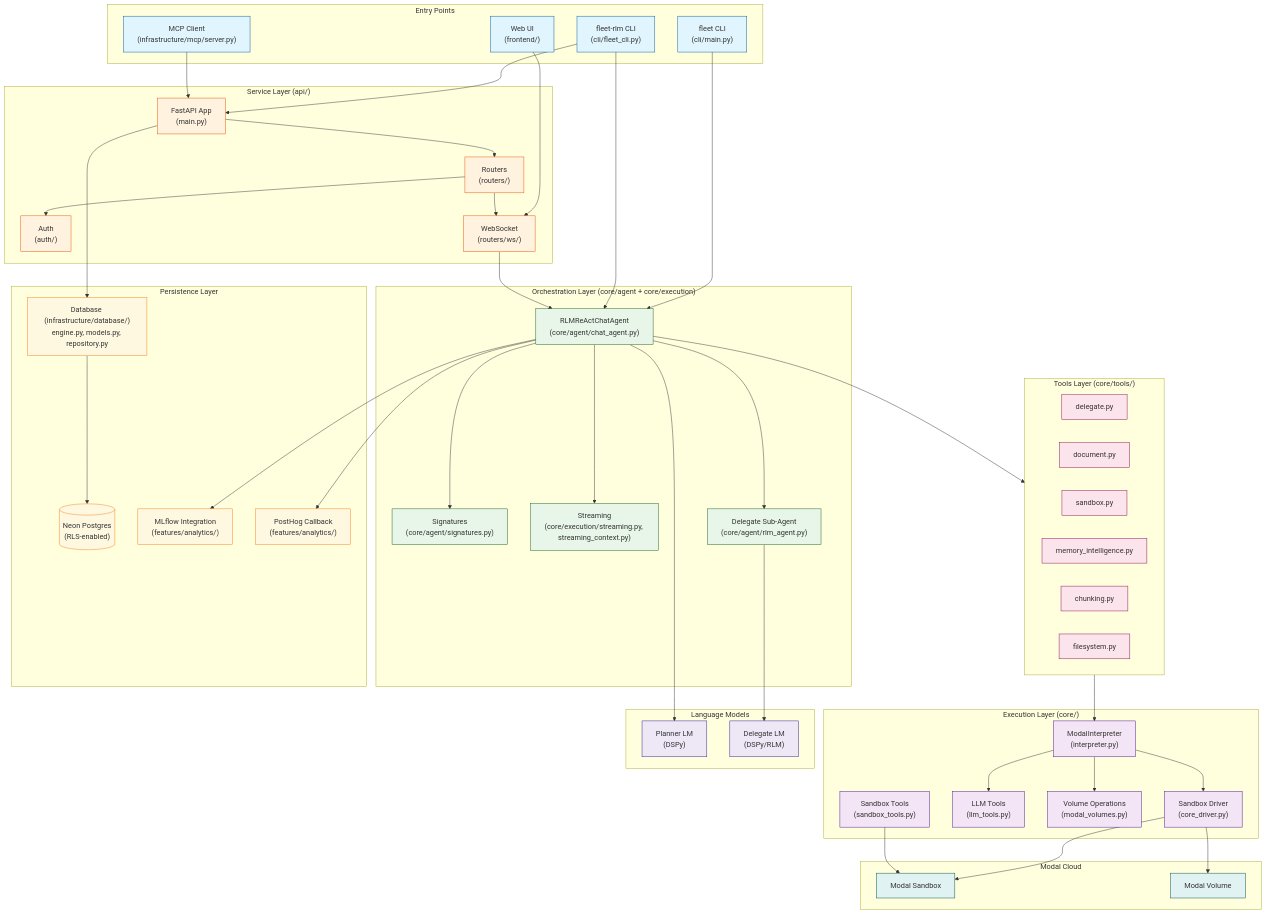
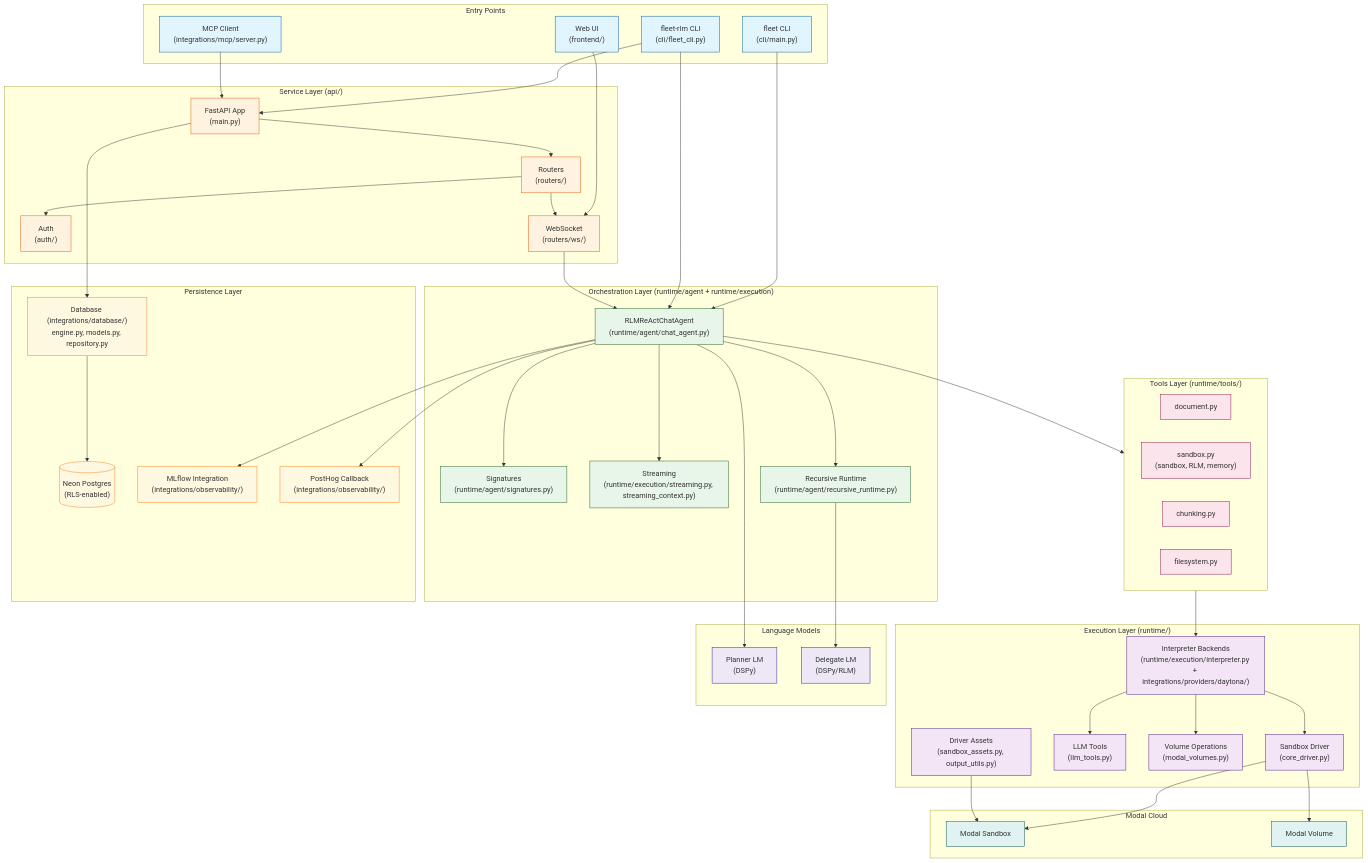
Before and after one commit to Qredence/fleet-rlm: the first of 6 diagrams in docs/architecture.md, drawn with Mermaid. The commit also changed other lines of this file and 34 other files, not shown here.

Commit message:
docs: Refresh architecture docs for the simplified module layout

```diff
--- a/docs/architecture.md
+++ b/docs/architecture.md
@@ -27,7 +39,7 @@
         CLI_FLEET["fleet CLI<br/>(cli/main.py)"]
         CLI_RLM["fleet-rlm CLI<br/>(cli/fleet_cli.py)"]
         WEB_UI["Web UI<br/>(frontend/)"]
-        MCP_CLIENT["MCP Client<br/>(infrastructure/mcp/server.py)"]
+        MCP_CLIENT["MCP Client<br/>(integrations/mcp/server.py)"]
     end
 
     subgraph SERVER["Service Layer (api/)"]
@@ -37,28 +49,26 @@
         WS["WebSocket<br/>(routers/ws/)"]
     end
 
-    subgraph ORCHESTRATION["Orchestration Layer (core/agent + core/execution)"]
-        AGENT["RLMReActChatAgent<br/>(core/agent/chat_agent.py)"]
-        SIGNATURES["Signatures<br/>(core/agent/signatures.py)"]
-        STREAMING["Streaming<br/>(core/execution/streaming.py, streaming_context.py)"]
-        DELEGATE["Delegate Sub-Agent<br/>(core/agent/rlm_agent.py)"]
+    subgraph ORCHESTRATION["Orchestration Layer (runtime/agent + runtime/execution)"]
+        AGENT["RLMReActChatAgent<br/>(runtime/agent/chat_agent.py)"]
+        SIGNATURES["Signatures<br/>(runtime/agent/signatures.py)"]
+        STREAMING["Streaming<br/>(runtime/execution/streaming.py, streaming_context.py)"]
+        DELEGATE["Recursive Runtime<br/>(runtime/agent/recursive_runtime.py)"]
     end
 
-    subgraph TOOLS["Tools Layer (core/tools/)"]
-        TOOL_DELEGATE["delegate.py"]
+    subgraph TOOLS["Tools Layer (runtime/tools/)"]
         TOOL_DOCUMENT["document.py"]
-        TOOL_SANDBOX["sandbox.py"]
-        TOOL_MEMORY["memory_intelligence.py"]
+        TOOL_SANDBOX["sandbox.py<br/>(sandbox, RLM, memory)"]
         TOOL_CHUNKING["chunking.py"]
         TOOL_FILESYSTEM["filesystem.py"]
     end
 
-    subgraph EXECUTION["Execution Layer (core/)"]
-        INTERPRETER["ModalInterpreter<br/>(interpreter.py)"]
+    subgraph EXECUTION["Execution Layer (runtime/)"]
+        INTERPRETER["Interpreter Backends<br/>(runtime/execution/interpreter.py + integrations/providers/daytona/)"]
         DRIVER["Sandbox Driver<br/>(core_driver.py)"]
         LLM_TOOLS["LLM Tools<br/>(llm_tools.py)"]
         VOLUME_OPS["Volume Operations<br/>(modal_volumes.py)"]
-        SANDBOX_TOOLS["Sandbox Tools<br/>(sandbox_tools.py)"]
+        DRIVER_ASSETS["Driver Assets<br/>(sandbox_assets.py, output_utils.py)"]
     end
 
     subgraph MODAL["Modal Cloud"]
@@ -67,10 +77,10 @@
     end
 
     subgraph PERSISTENCE["Persistence Layer"]
-        DB["Database (infrastructure/database/)<br/>engine.py, models.py, repository.py"]
+        DB["Database (integrations/database/)<br/>engine.py, models.py, repository.py"]
         NEON[("Neon Postgres<br/>(RLS-enabled)")]
-        MLFLOW["MLflow Integration<br/>(features/analytics/)"]
-        POSTHOG["PostHog Callback<br/>(features/analytics/)"]
+        MLFLOW["MLflow Integration<br/>(integrations/observability/)"]
+        POSTHOG["PostHog Callback<br/>(integrations/observability/)"]
     end
 
     subgraph LLM["Language Models"]
@@ -106,7 +116,7 @@
     INTERPRETER --> VOLUME_OPS
     DRIVER --> SANDBOX
     DRIVER --> VOLUME
-    SANDBOX_TOOLS --> SANDBOX
+    DRIVER_ASSETS --> SANDBOX
 
     %% Persistence connections
     MAIN --> DB
@@ -131,8 +141,8 @@
     class CLI_FLEET,CLI_RLM,WEB_UI,MCP_CLIENT entryNode
     class MAIN,ROUTERS,AUTH,WS serverNode
     class AGENT,SIGNATURES,STREAMING,DELEGATE orchestrationNode
-    class TOOL_DELEGATE,TOOL_DOCUMENT,TOOL_SANDBOX,TOOL_MEMORY,TOOL_CHUNKING,TOOL_FILESYSTEM toolsNode
-    class INTERPRETER,DRIVER,LLM_TOOLS,VOLUME_OPS,SANDBOX_TOOLS executionNode
+    class TOOL_DOCUMENT,TOOL_SANDBOX,TOOL_CHUNKING,TOOL_FILESYSTEM toolsNode
+    class INTERPRETER,DRIVER,LLM_TOOLS,VOLUME_OPS,DRIVER_ASSETS executionNode
     class SANDBOX,VOLUME modalNode
     class DB,NEON,MLFLOW,POSTHOG persistenceNode
     class PLANNER_LM,DELEGATE_LM llmNode
```
